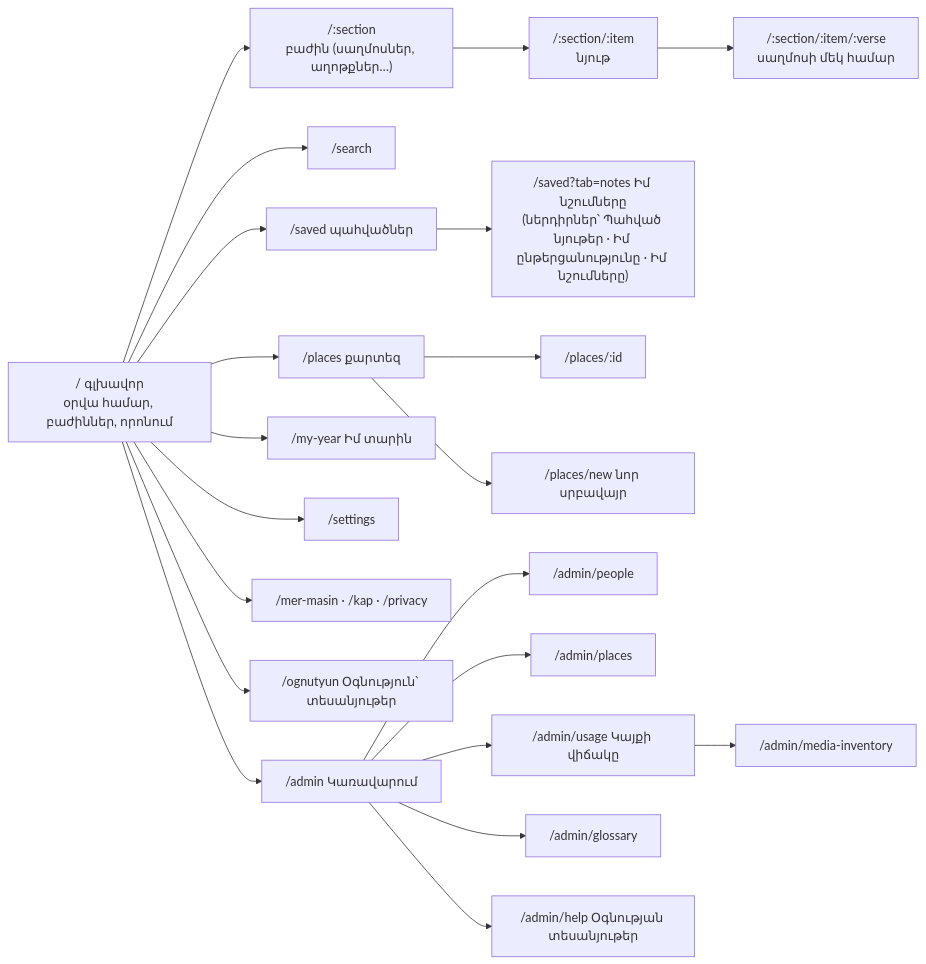
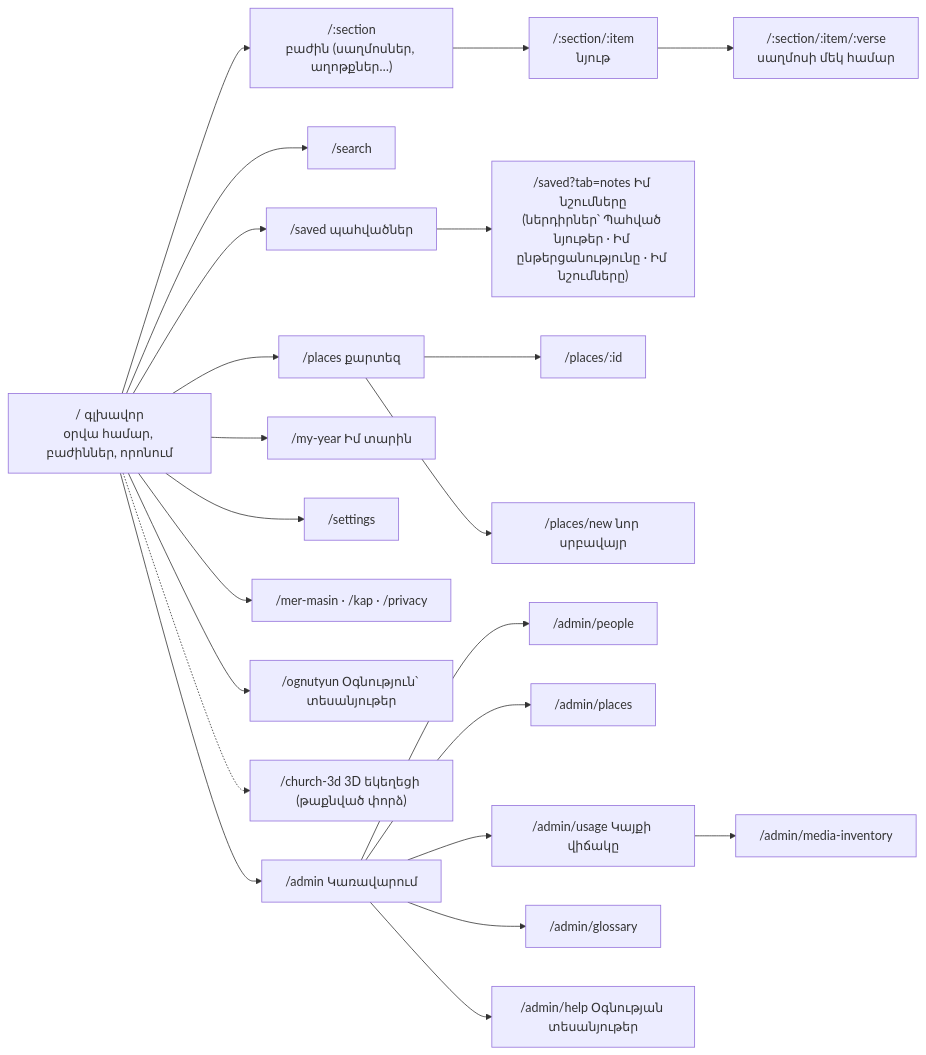
The fifth of 27 diagrams in docs/ARCHITECTURE.md (T0n0yan/armenian-apostolic-digital-library), drawn with Mermaid before and after one commit. The commit also changed other lines of this file and 12 other files, not shown here.

First line of the commit message:
3D եկեղեցի՝ փորձնական թաքնված էջ /church-3d

````diff
--- a/docs/ARCHITECTURE.md
+++ b/docs/ARCHITECTURE.md
@@ -326,24 +326,25 @@
 ```mermaid
 flowchart LR
   HOME["/ գլխավոր<br/>օրվա համար, բաժիններ, որոնում"]
   HOME --> SEC["/:section<br/>բաժին (սաղմոսներ, աղոթքներ…)"]
   SEC --> MAT["/:section/:item<br/>նյութ"]
   MAT --> VERSE["/:section/:item/:verse<br/>սաղմոսի մեկ համար"]
   HOME --> SEARCH["/search"]
   HOME --> SAVED["/saved պահվածներ"]
   SAVED --> NOTES["/saved?tab=notes Իմ նշումները<br/>(ներդիրներ՝ Պահված նյութեր · Իմ ընթերցանությունը · Իմ նշումները)"]
   HOME --> PLACES["/places քարտեզ"]
   PLACES --> PLACE["/places/:id"]
   PLACES --> PNEW["/places/new նոր սրբավայր"]
   HOME --> MY["/my-year Իմ տարին"]
   HOME --> SET["/settings"]
   HOME --> INFO["/mer-masin · /kap · /privacy"]
   HOME --> HELP["/ognutyun Օգնություն՝ տեսանյութեր"]
+  HOME -.-> C3D["/church-3d 3D եկեղեցի (թաքնված փորձ)"]
   HOME --> ADM["/admin Կառավարում"]
   ADM --> A1["/admin/people"]
   ADM --> A2["/admin/places"]
   ADM --> A3["/admin/usage Կայքի վիճակը"]
   ADM --> A4["/admin/glossary"]
   ADM --> A6["/admin/help Օգնության տեսանյութեր"]
   A3 --> A5["/admin/media-inventory"]
 ```
````
